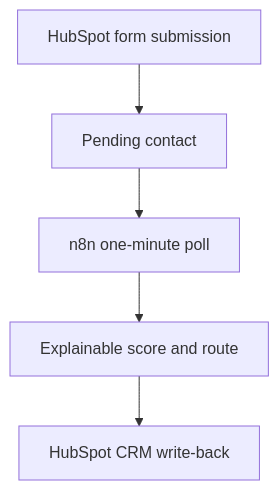
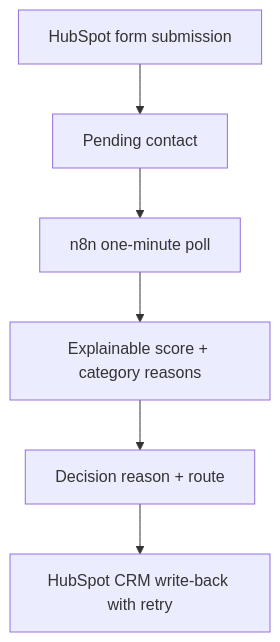
The diagram in projects/harborglow-lead-qualification/README.md (cliffordbodden100-max/marketing-automation-portfolio), drawn with Mermaid before and after one commit. The commit also changed other lines of this file, not shown here.

Commit message:
Document HarborGlow explainable reasons and retry handling

````diff
--- a/projects/harborglow-lead-qualification/README.md
+++ b/projects/harborglow-lead-qualification/README.md
@@ -47,7 +49,8 @@
 ```mermaid
 flowchart TD
     A["HubSpot form submission"] --> B["Pending contact"]
     B --> C["n8n one-minute poll"]
-    C --> D["Explainable score and route"]
-    D --> E["HubSpot CRM write-back"]
+    C --> D["Explainable score + category reasons"]
+    D --> E["Decision reason + route"]
+    E --> F["HubSpot CRM write-back with retry"]
 ```
````
